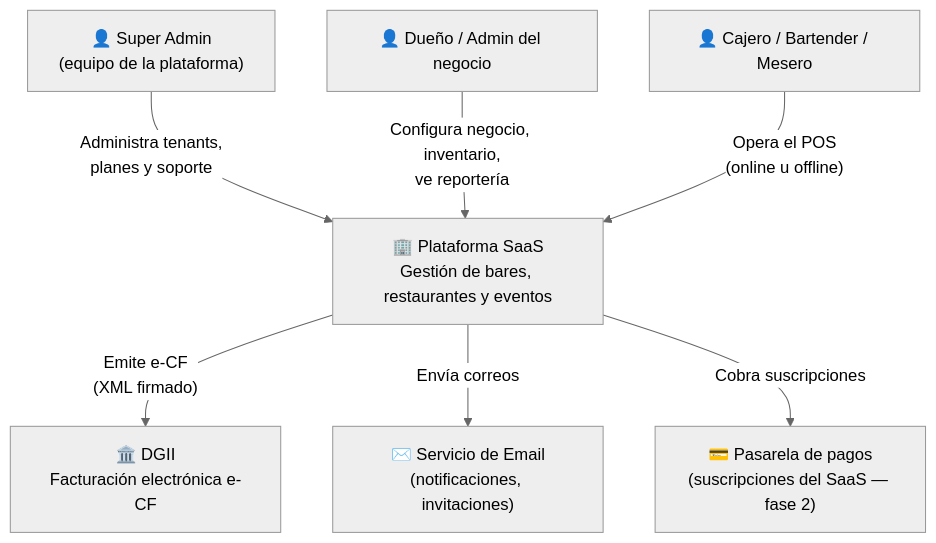
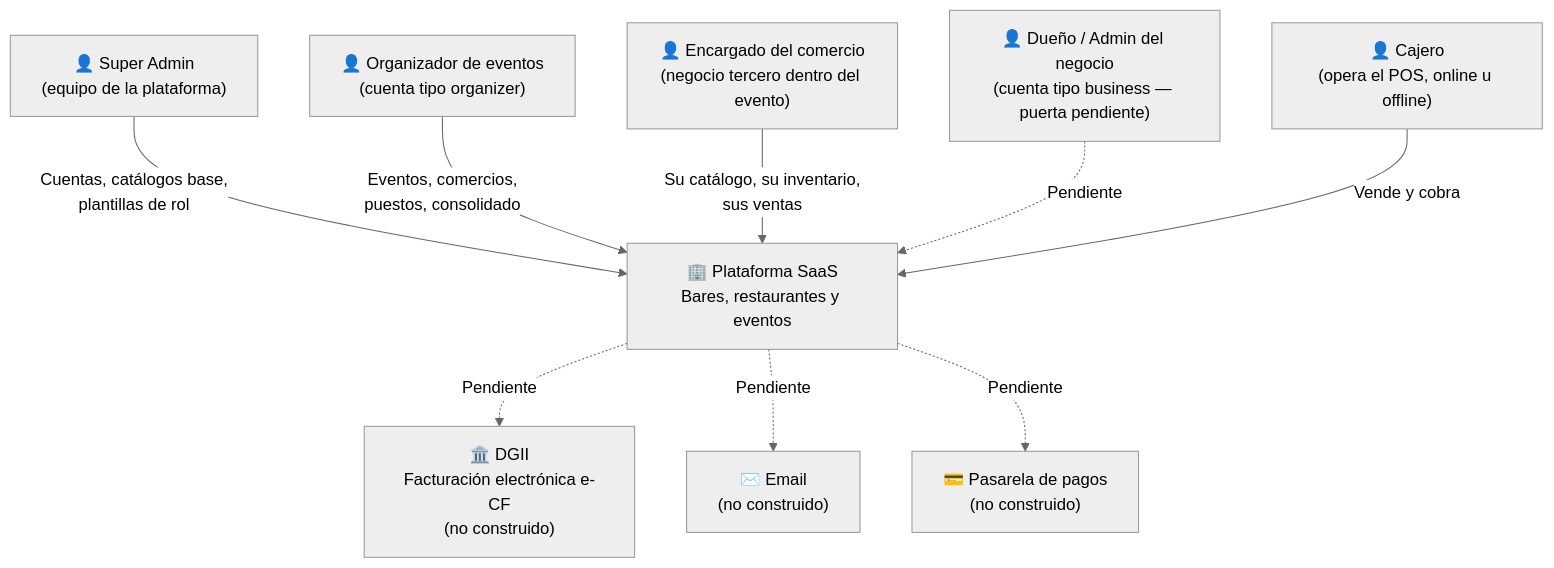
The first of 3 diagrams in docs/02-arquitectura-sistema.md (juancamedrano21/eventbarrest), drawn with Mermaid (neutral theme) before and after one commit. The commit also changed other lines of this file and 7 other files, not shown here.

First line of the commit message:
Documentación al día con el sistema construido (v0.4)

````diff
--- a/docs/02-arquitectura-sistema.md
+++ b/docs/02-arquitectura-sistema.md
@@ -5,20 +10,24 @@
 ```mermaid
 flowchart TB
     superadmin["👤 Super Admin<br/>(equipo de la plataforma)"]
-    duenio["👤 Dueño / Admin del negocio"]
-    operador["👤 Cajero / Bartender / Mesero"]
+    organizador["👤 Organizador de eventos<br/>(cuenta tipo organizer)"]
+    comercio["👤 Encargado del comercio<br/>(negocio tercero dentro del evento)"]
+    duenio["👤 Dueño / Admin del negocio<br/>(cuenta tipo business — puerta pendiente)"]
+    cajero["👤 Cajero<br/>(opera el POS, online u offline)"]
 
-    sistema["🏢 Plataforma SaaS<br/>Gestión de bares, restaurantes y eventos"]
+    sistema["🏢 Plataforma SaaS<br/>Bares, restaurantes y eventos"]
 
-    dgii["🏛️ DGII<br/>Facturación electrónica e-CF"]
-    email["✉️ Servicio de Email<br/>(notificaciones, invitaciones)"]
-    pagos["💳 Pasarela de pagos<br/>(suscripciones del SaaS — fase 2)"]
+    dgii["🏛️ DGII<br/>Facturación electrónica e-CF<br/>(no construido)"]
+    email["✉️ Email<br/>(no construido)"]
+    pagos["💳 Pasarela de pagos<br/>(no construido)"]
 
-    superadmin -->|"Administra tenants,<br/>planes y soporte"| sistema
-    duenio -->|"Configura negocio, inventario,<br/>ve reportería"| sistema
-    operador -->|"Opera el POS<br/>(online u offline)"| sistema
+    superadmin -->|"Cuentas, catálogos base,<br/>plantillas de rol"| sistema
+    organizador -->|"Eventos, comercios,<br/>puestos, consolidado"| sistema
+    comercio -->|"Su catálogo, su inventario,<br/>sus ventas"| sistema
+    duenio -.->|"Pendiente"| sistema
+    cajero -->|"Vende y cobra"| sistema
 
-    sistema -->|"Emite e-CF<br/>(XML firmado)"| dgii
-    sistema -->|"Envía correos"| email
-    sistema -->|"Cobra suscripciones"| pagos
+    sistema -.->|"Pendiente"| dgii
+    sistema -.->|"Pendiente"| email
+    sistema -.->|"Pendiente"| pagos
 ```
````
